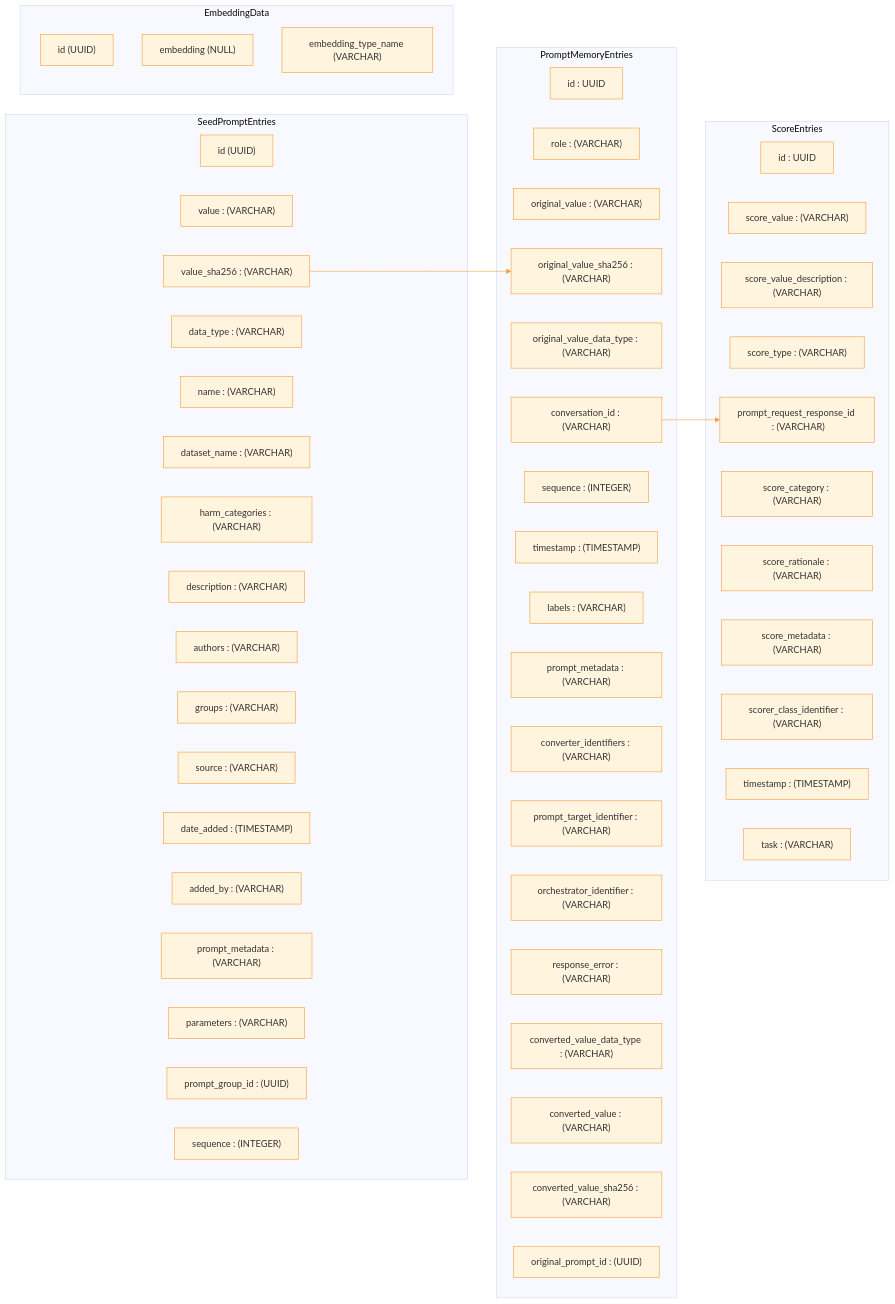
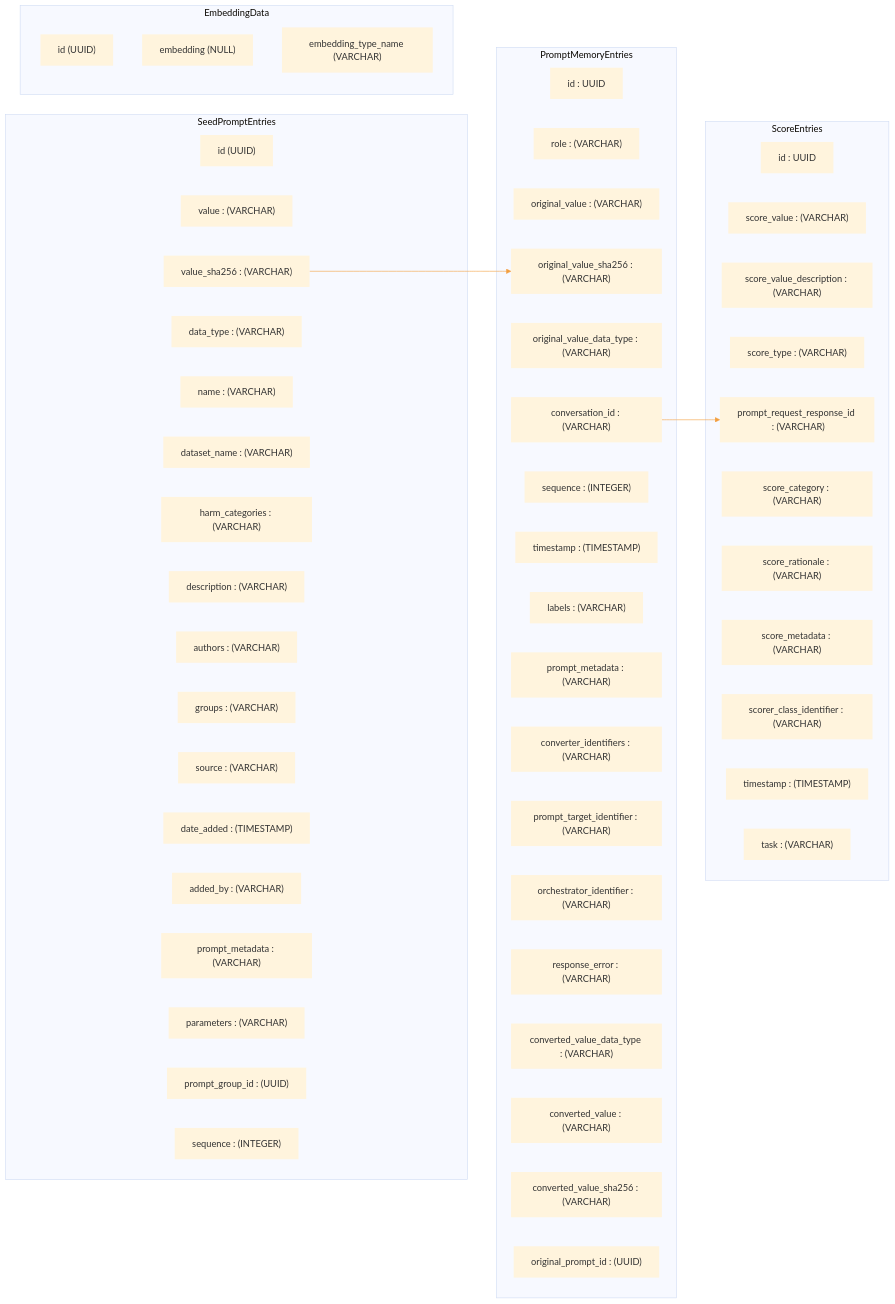
The diagram in doc/code/memory/10_schema_diagram.md (Azure/PyRIT), drawn with Mermaid before and after one commit.

Commit message:
modifying diagram to make border clearer

```diff
--- a/doc/code/memory/10_schema_diagram.md
+++ b/doc/code/memory/10_schema_diagram.md
@@ -9,7 +9,8 @@
     'themeVariables': {
       'lineColor': '#f39e3d',
       'secondaryColor': '#f6bb77',
-      'primaryBorderColor': '#f39e3d'
+      'primaryBorderColor': '#f39e3d',
+      'nodeBorder': '2px'
     }
   }
 }%%
```
